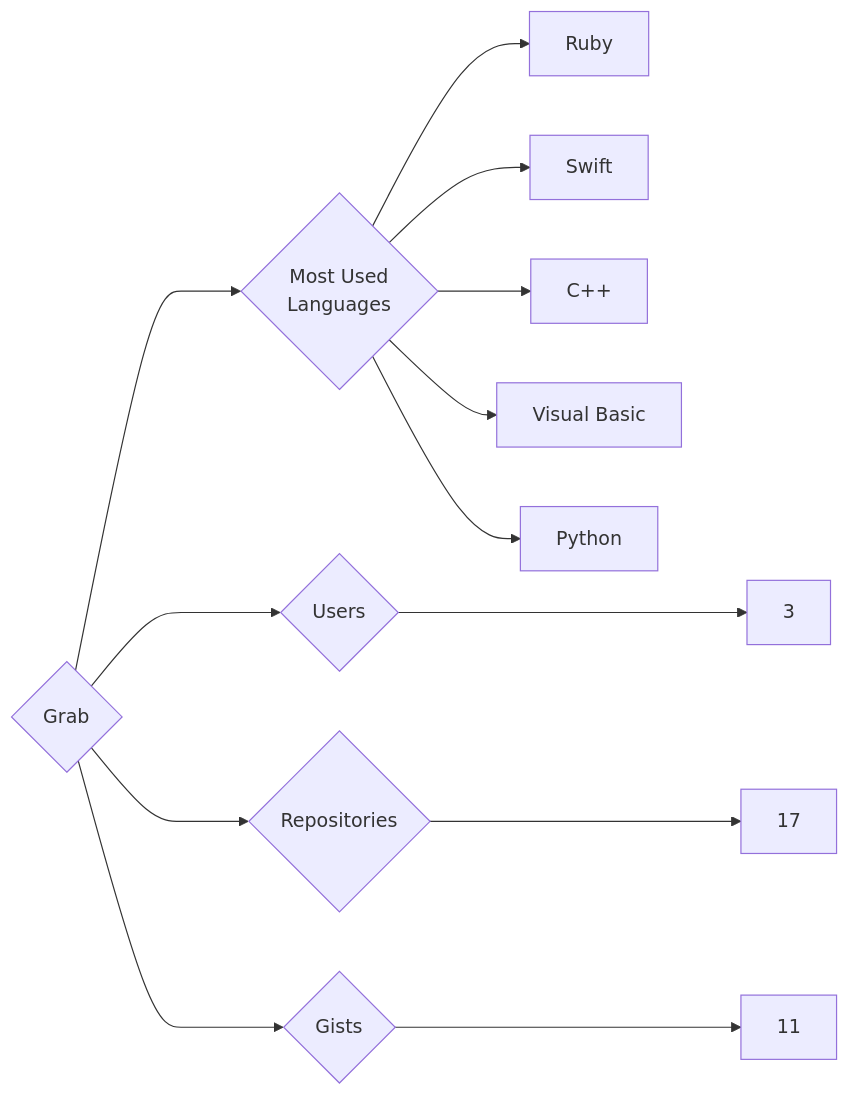
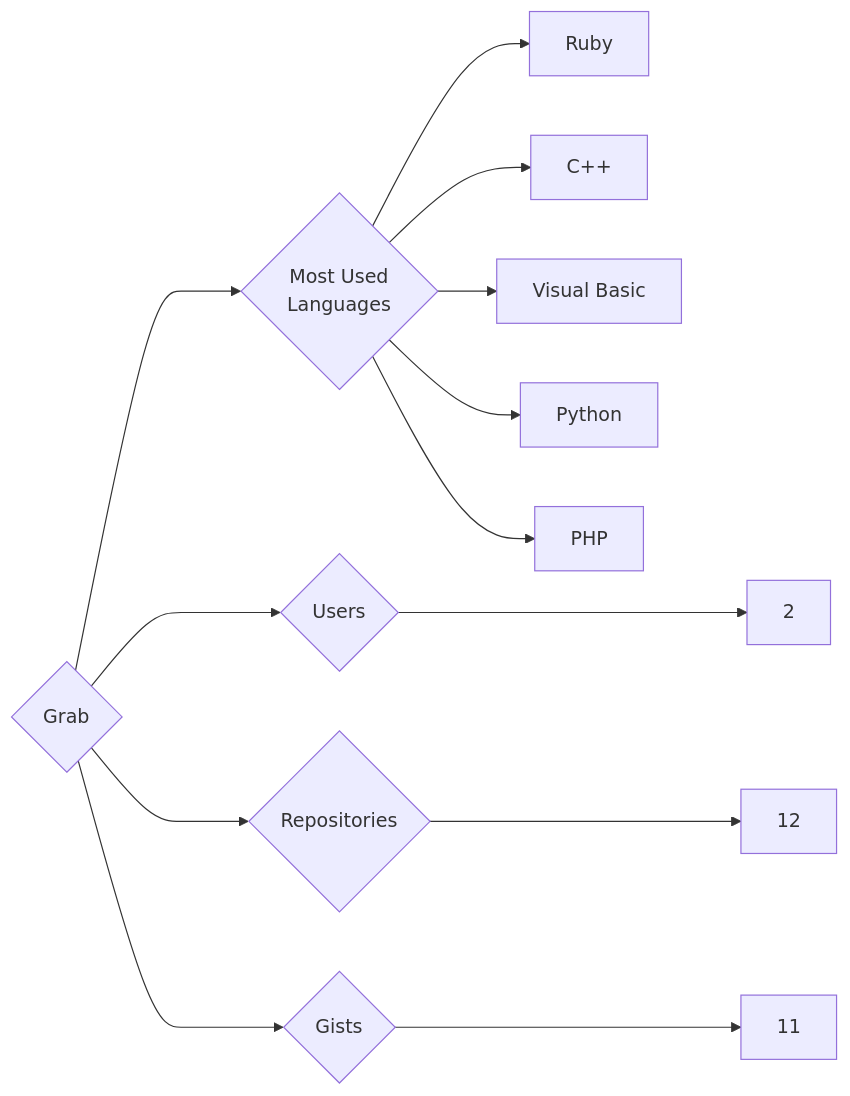
Before and after one commit to trickest/insiders: the diagram in targets/Grab/README.md, drawn with Mermaid. The commit also changed 679 other files, not shown here.

````diff
--- a/targets/Grab/README.md
+++ b/targets/Grab/README.md
@@ -3,13 +3,13 @@
 ```mermaid
 graph LR
 COMPANY_NAME{Grab}
-COMPANY_NAME ---> U{Users} ---> UN[3]
-COMPANY_NAME ---> R{Repositories} ---> RN[17]
+COMPANY_NAME ---> U{Users} ---> UN[2]
+COMPANY_NAME ---> R{Repositories} ---> RN[12]
 COMPANY_NAME ---> G{Gists} ---> GN[11]
 COMPANY_NAME ---> ML{Most Used<br>Languages}
 ML --> Ruby[Ruby]
-ML --> Swift[Swift]
 ML --> C++[C++]
 ML --> Visual_Basic[Visual Basic]
 ML --> Python[Python]
+ML --> PHP[PHP]
 ```
````
